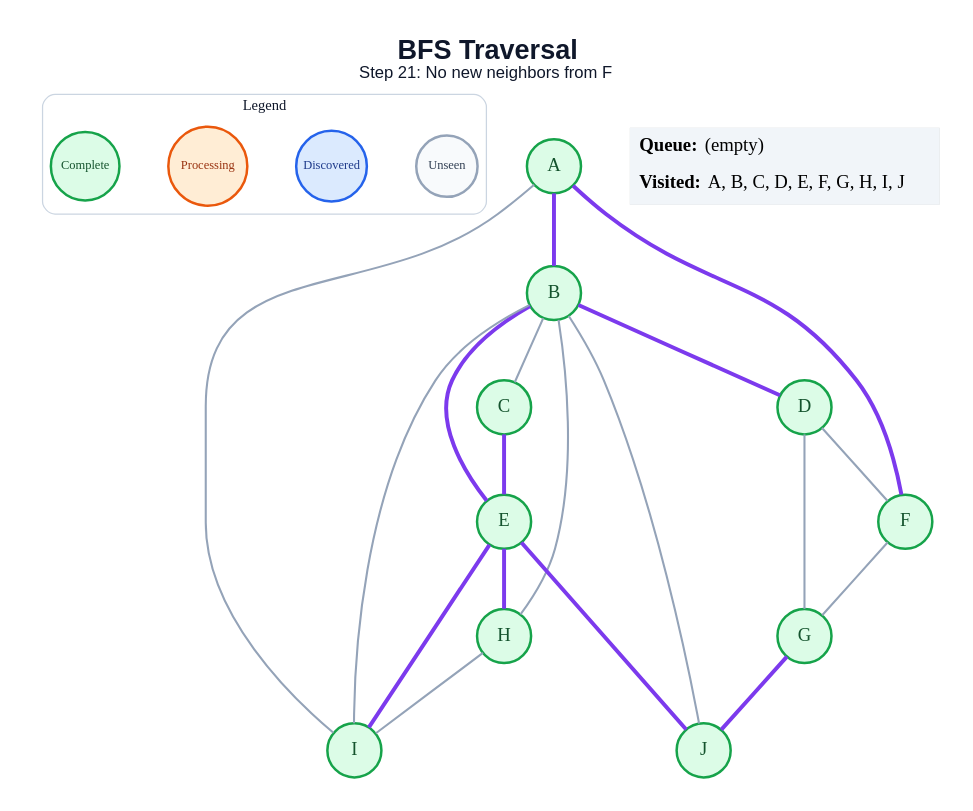
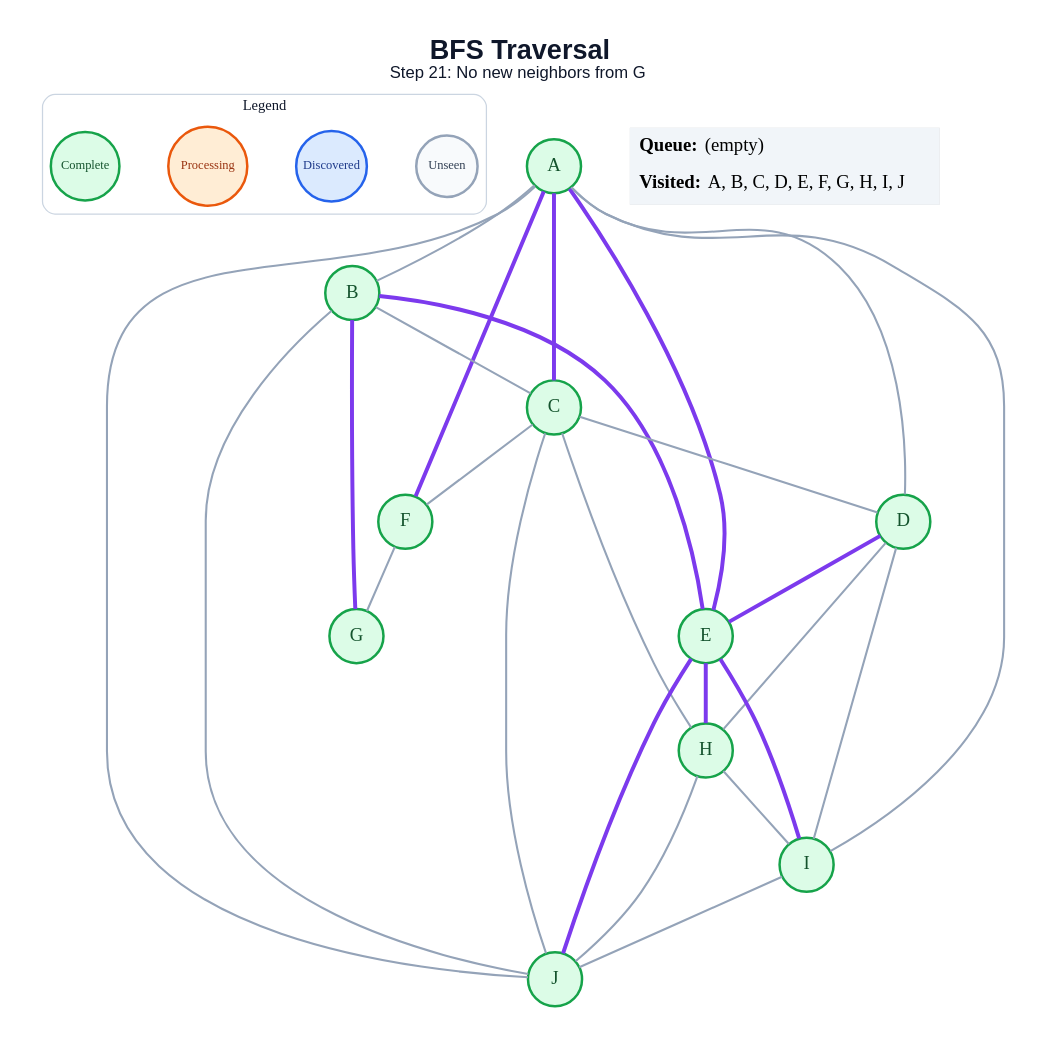
One commit to amanghodawala9/ai-slop changed the diagram in generated/specific-node/bfs/step_21.dot. Above: the diagram before and after it, drawn with Graphviz. The commit also changed 178 other files, not shown here.

```diff
--- a/generated/specific-node/bfs/step_21.dot
+++ b/generated/specific-node/bfs/step_21.dot
@@ -1,47 +1,54 @@
 graph traversal {
   graph [layout=dot, rankdir=TB, bgcolor="#FFFFFF", pad="0.35", nodesep="0.65", ranksep="0.8", fontname="Arial"];
   node [shape=circle, style="filled", fontname="Arial Bold", fontsize=18, width=0.72, fixedsize=true, penwidth=2.4];
   edge [color="#94A3B8", penwidth=2.0];
-  label=<<B>BFS Traversal</B><BR/><FONT POINT-SIZE="16">Step 21: No new neighbors from F</FONT>>; labelloc="t"; fontsize=26; fontname="Arial"; fontcolor="#0F172A";
+  label=<<B>BFS Traversal</B><BR/><FONT POINT-SIZE="16">Step 21: No new neighbors from G</FONT>>; labelloc="t"; fontsize=26; fontname="Arial"; fontcolor="#0F172A";
   subgraph cluster_legend { label="Legend"; color="#CBD5E1"; penwidth=1.2; style="rounded"; fontsize=14; fontname="Arial Bold";
     key_unseen [label="Unseen", fillcolor="#F8FAFC", color="#94A3B8", fontcolor="#334155", fontsize=12, width=0.82];
     key_frontier [label="Discovered", fillcolor="#DBEAFE", color="#2563EB", fontcolor="#1E3A8A", fontsize=12, width=0.95];
     key_current [label="Processing", fillcolor="#FFEDD5", color="#EA580C", fontcolor="#9A3412", fontsize=12, width=1.05];
     key_done [label="Complete", fillcolor="#DCFCE7", color="#16A34A", fontcolor="#14532D", fontsize=12, width=0.92];
     { rank=same; key_unseen; key_frontier; key_current; key_done; }
   }
   A [fillcolor="#DCFCE7", color="#16A34A", fontcolor="#14532D"];
   B [fillcolor="#DCFCE7", color="#16A34A", fontcolor="#14532D"];
   C [fillcolor="#DCFCE7", color="#16A34A", fontcolor="#14532D"];
   D [fillcolor="#DCFCE7", color="#16A34A", fontcolor="#14532D"];
   E [fillcolor="#DCFCE7", color="#16A34A", fontcolor="#14532D"];
   F [fillcolor="#DCFCE7", color="#16A34A", fontcolor="#14532D"];
   G [fillcolor="#DCFCE7", color="#16A34A", fontcolor="#14532D"];
   H [fillcolor="#DCFCE7", color="#16A34A", fontcolor="#14532D"];
   I [fillcolor="#DCFCE7", color="#16A34A", fontcolor="#14532D"];
   J [fillcolor="#DCFCE7", color="#16A34A", fontcolor="#14532D"];
-  A -- B [color="#7C3AED", penwidth=3.8];
+  A -- B;
+  A -- C [color="#7C3AED", penwidth=3.8];
+  A -- D;
+  A -- E [color="#7C3AED", penwidth=3.8];
   A -- F [color="#7C3AED", penwidth=3.8];
   A -- I;
+  A -- J;
   B -- C;
-  B -- D [color="#7C3AED", penwidth=3.8];
   B -- E [color="#7C3AED", penwidth=3.8];
-  B -- H;
-  B -- I;
+  B -- G [color="#7C3AED", penwidth=3.8];
   B -- J;
-  C -- E [color="#7C3AED", penwidth=3.8];
-  D -- F;
-  D -- G;
+  C -- D;
+  C -- F;
+  C -- H;
+  C -- J;
+  D -- E [color="#7C3AED", penwidth=3.8];
+  D -- H;
+  D -- I;
   E -- H [color="#7C3AED", penwidth=3.8];
   E -- I [color="#7C3AED", penwidth=3.8];
   E -- J [color="#7C3AED", penwidth=3.8];
   F -- G;
-  G -- J [color="#7C3AED", penwidth=3.8];
   H -- I;
+  H -- J;
+  I -- J;
   status [shape=plain, fixedsize=false, width=0, height=0, margin=0, label=<
     <TABLE BORDER="0" CELLBORDER="0" CELLPADDING="7" BGCOLOR="#F1F5F9">
       <TR><TD ALIGN="LEFT"><B>Queue:</B> (empty)</TD></TR>
       <TR><TD ALIGN="LEFT"><B>Visited:</B> A, B, C, D, E, F, G, H, I, J</TD></TR>
     </TABLE>
   >];
 }
```
